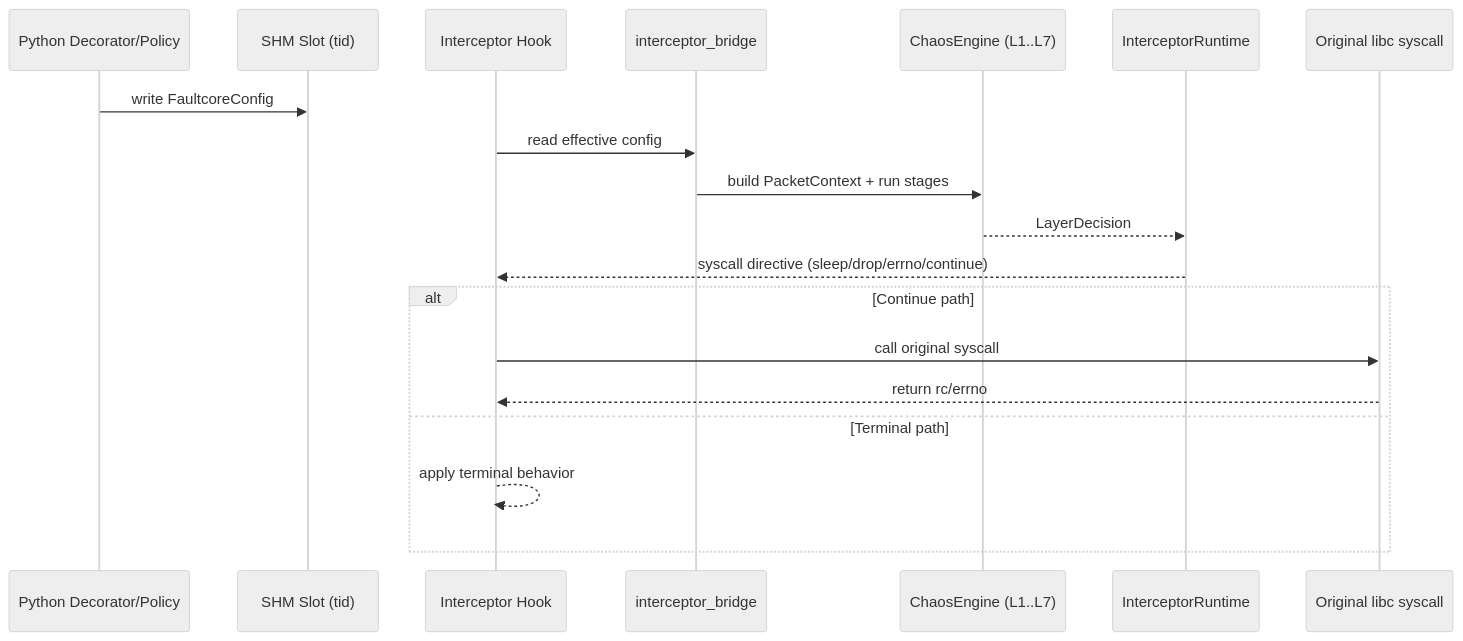
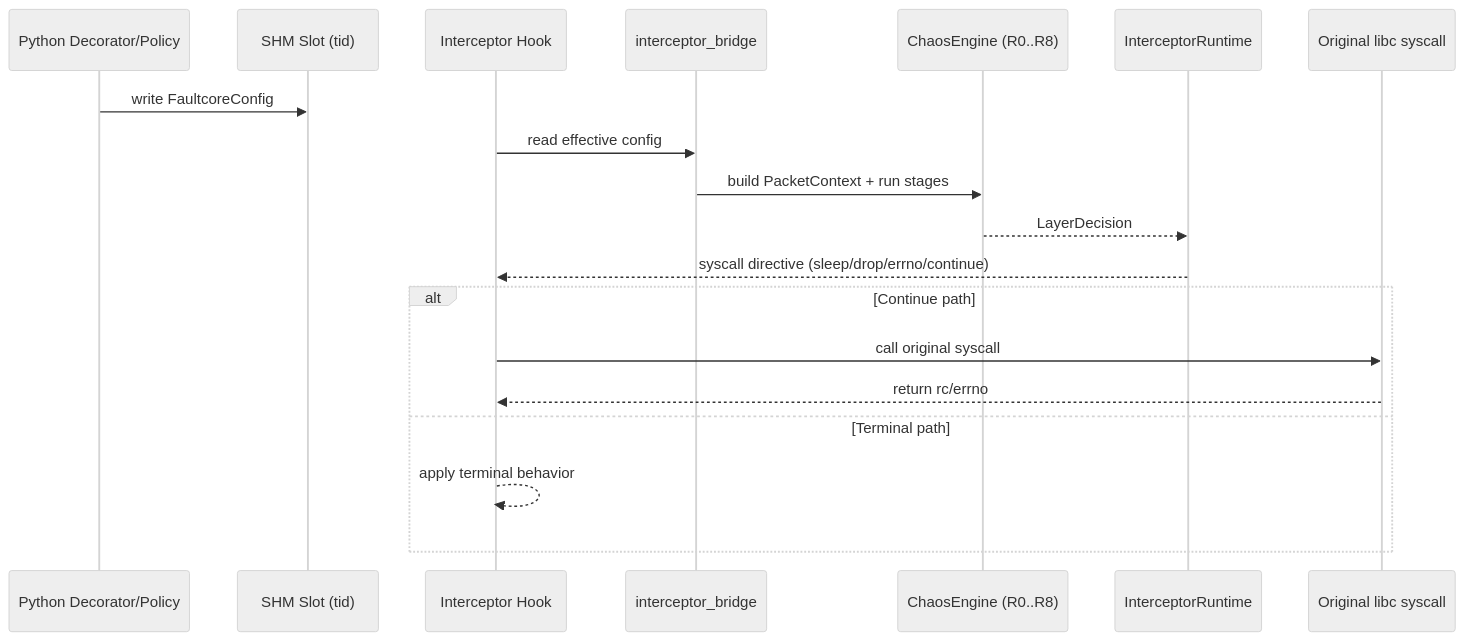
The second of 3 diagrams in docs/architecture.md (albertobadia/faultcore), drawn with Mermaid (neutral theme) before and after one commit. The commit also changed other lines of this file and 64 other files, not shown here.

Commit message:
IMPROVE: Add type hints, return annotations, and use context managers for socket operations across codebase CHANGE: Rename FaultOSI terminology to runtime-stage execution graph (R0..R8) in architecture docs

````diff
--- a/docs/architecture.md
+++ b/docs/architecture.md
@@ -49,22 +49,22 @@
 ```mermaid
 sequenceDiagram
     participant Py as Python Decorator/Policy
     participant SHM as SHM Slot (tid)
     participant Hook as Interceptor Hook
     participant Bridge as interceptor_bridge
-    participant Engine as ChaosEngine (L1..L7)
+    participant Engine as ChaosEngine (R0..R8)
     participant RT as InterceptorRuntime
     participant Libc as Original libc syscall
 
     Py->>SHM: write FaultcoreConfig
     Hook->>Bridge: read effective config
     Bridge->>Engine: build PacketContext + run stages
     Engine-->>RT: LayerDecision
     RT-->>Hook: syscall directive (sleep/drop/errno/continue)
     alt Continue path
         Hook->>Libc: call original syscall
         Libc-->>Hook: return rc/errno
     else Terminal path
         Hook-->>Hook: apply terminal behavior
     end
 ```
````
